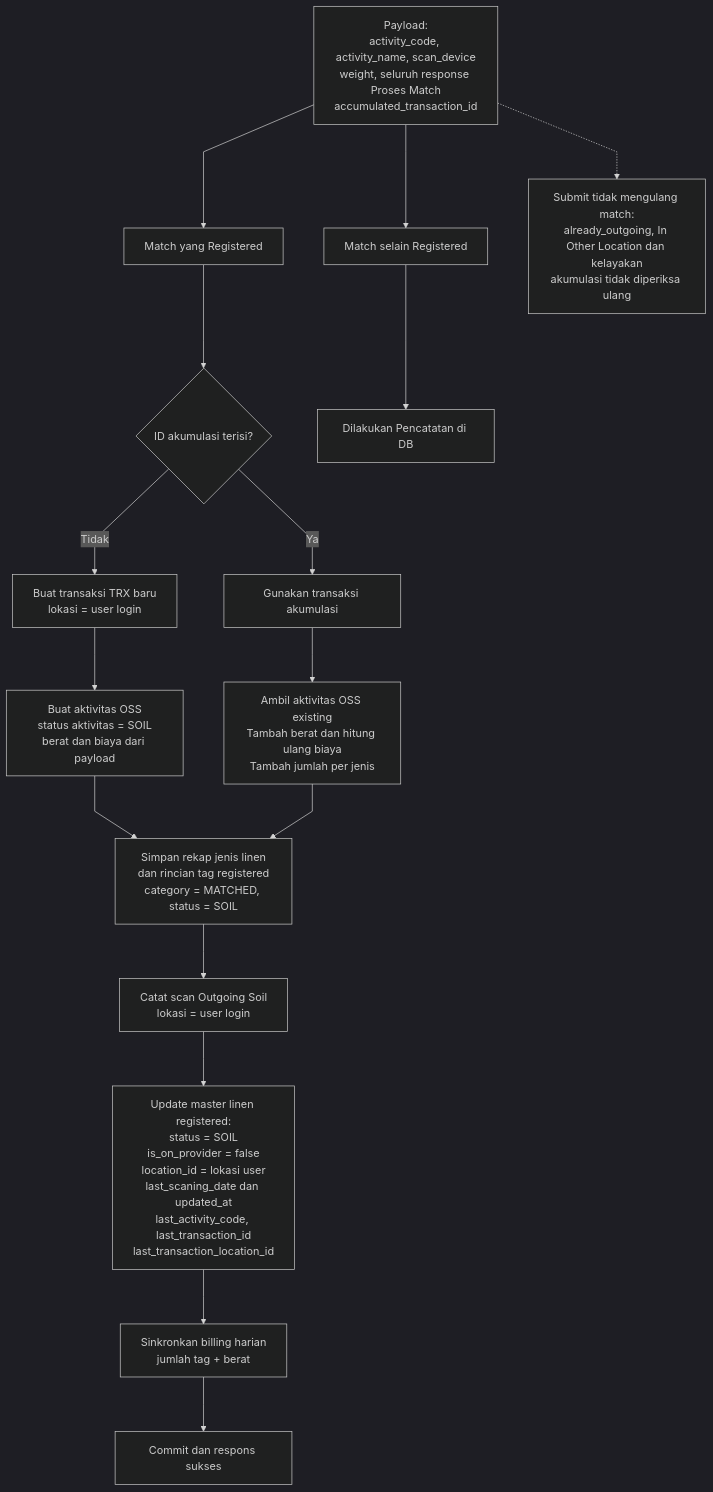
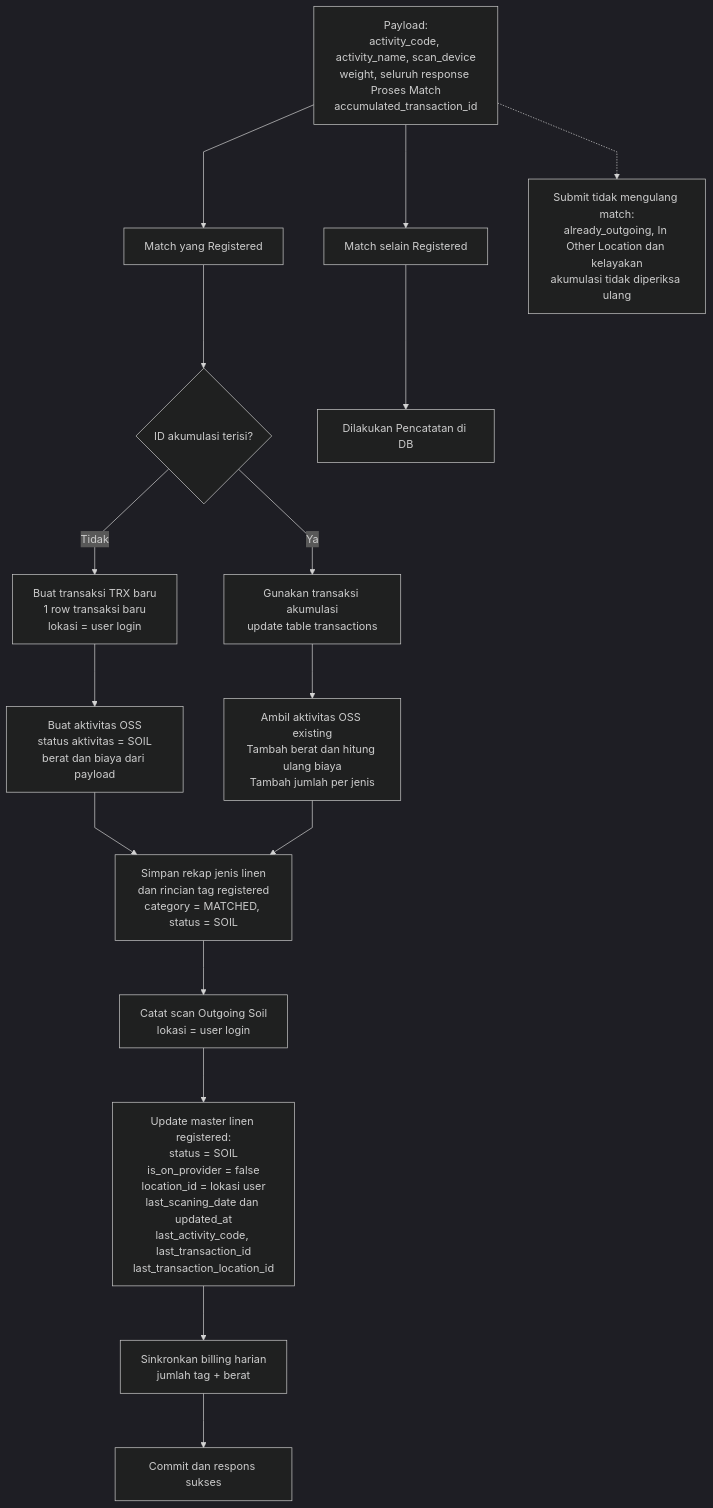
Before and after one commit to bagaskrmn/bac-flow-laundry: the second of 2 diagrams in laundry-activities/outgoing-soil.md, drawn with Mermaid (dark theme). The commit also changed other lines of this file and 3 other files, not shown here.

Commit message:
add submit flow

````diff
--- a/laundry-activities/outgoing-soil.md
+++ b/laundry-activities/outgoing-soil.md
@@ -42,27 +42,27 @@
 ```mermaid
 %%{init: {'flowchart': {'curve': 'linear', 'nodeSpacing': 60, 'rankSpacing': 80, 'diagramPadding': 24}}}%%
 flowchart TD
     N_IN["Payload:<br/>activity_code, activity_name, scan_device<br/>weight, seluruh response Proses Match<br/>accumulated_transaction_id"]
     N_IN -->N_REGIST["Match yang Registered"]
     N_REGIST -->N_MODE{"ID akumulasi terisi?"}
 
     N_IN -->N_ELSE["Match selain Registered"]
     N_ELSE -->N_PROC["Dilakukan Pencatatan di DB"]
 
-    N_MODE -->|Tidak| N_NEW["Buat transaksi TRX baru<br/>lokasi = user login"]
+    N_MODE -->|Tidak| N_NEW["Buat transaksi TRX baru<br/>1 row transaksi baru<br/>lokasi = user login"]
     N_NEW --> N_ACT["Buat aktivitas OSS<br/>status aktivitas = SOIL<br/>berat dan biaya dari payload"]
 
-    N_MODE -->|Ya| N_OLD["Gunakan transaksi akumulasi"]
+    N_MODE -->|Ya| N_OLD["Gunakan transaksi akumulasi<br/>update table transactions"]
     N_OLD --> N_ADD["Ambil aktivitas OSS existing<br/>Tambah berat dan hitung ulang biaya<br/>Tambah jumlah per jenis"]
 
     N_ACT --> N_DETAIL["Simpan rekap jenis linen<br/>dan rincian tag registered<br/>category = MATCHED, status = SOIL"]
     N_ADD --> N_DETAIL
     N_DETAIL --> N_SCAN["Catat scan Outgoing Soil<br/>lokasi = user login"]
     N_SCAN --> N_MASTER["Update master linen registered:<br/>status = SOIL<br/>is_on_provider = false<br/>location_id = lokasi user<br/>last_scaning_date dan updated_at<br/>last_activity_code, last_transaction_id<br/>last_transaction_location_id"]
     N_MASTER --> N_BILL["Sinkronkan billing harian<br/>jumlah tag + berat"]
     N_BILL --> N_DONE["Commit dan respons sukses"]
 
     N_IN -.-> N_TRUST["Submit tidak mengulang match:<br/>already_outgoing, In Other Location dan kelayakan<br/>akumulasi tidak diperiksa ulang"]
 
     class N_ELSE,N_PROC danger
 ```
````
